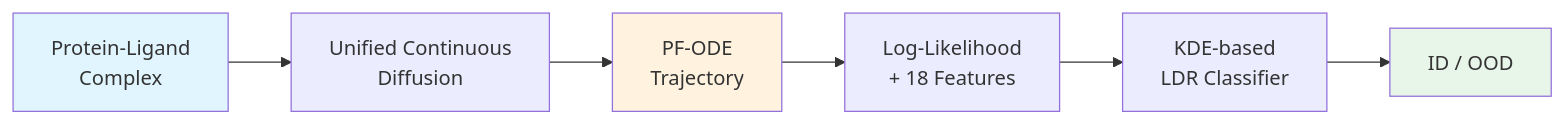
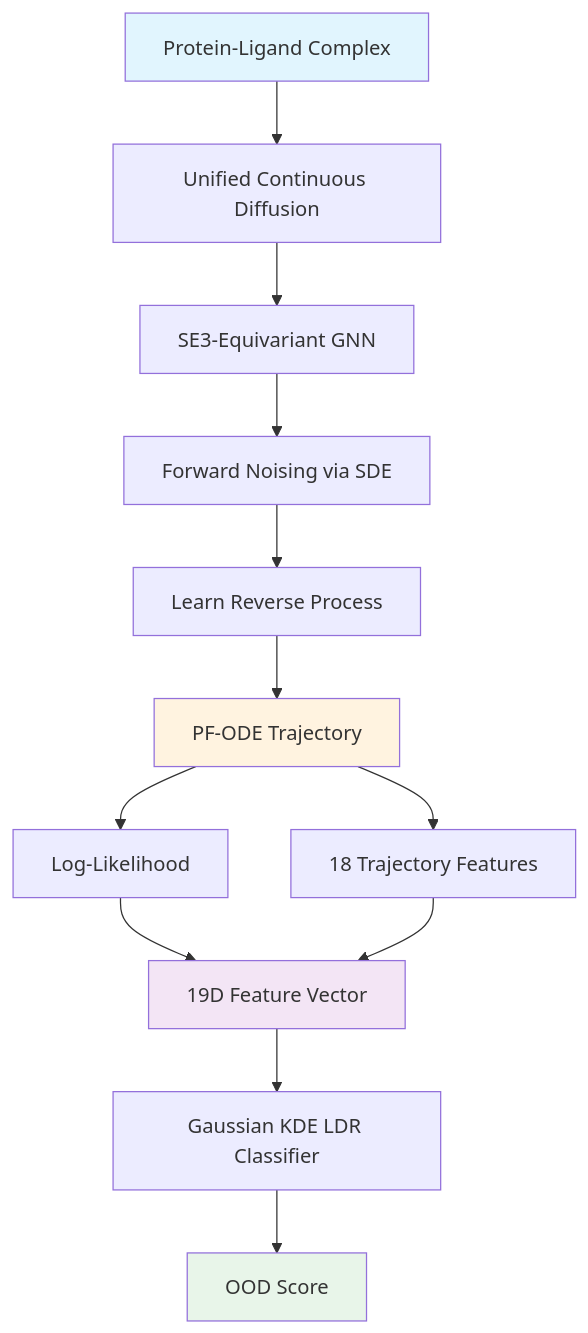
One commit to eightmm/eightmm.github.io changed the diagram in _posts/2026-02-19-ood-detection-molecular-complexes-diffusion.md. Above: the diagram before and after it, drawn with Mermaid. The commit also changed other lines of this file, not shown here.

Commit message:
Add paper review: OOD Detection in Molecular Complexes via Diffusion Models

````diff
--- a/_posts/2026-02-19-ood-detection-molecular-complexes-diffusion.md
+++ b/_posts/2026-02-19-ood-detection-molecular-complexes-diffusion.md
@@ -62,12 +76,19 @@
 ```mermaid
-graph LR
-    A[Protein-Ligand<br/>Complex] --> B[Unified Continuous<br/>Diffusion]
-    B --> C[PF-ODE<br/>Trajectory]
-    C --> D[Log-Likelihood<br/>+ 18 Features]
-    D --> E[KDE-based<br/>LDR Classifier]
-    E --> F[ID / OOD]
+graph TD
+    A[Protein-Ligand Complex] --> B[Unified Continuous Diffusion]
+    B --> C[SE3-Equivariant GNN]
+    C --> D[Forward Noising via SDE]
+    D --> E[Learn Reverse Process]
+    E --> F[PF-ODE Trajectory]
+    F --> G[Log-Likelihood]
+    F --> H[18 Trajectory Features]
+    G --> I[19D Feature Vector]
+    H --> I
+    I --> J[Gaussian KDE LDR Classifier]
+    J --> K[OOD Score]
     
     style A fill:#e1f5fe
-    style C fill:#fff3e0
-    style F fill:#e8f5e9
+    style K fill:#e8f5e9
+    style F fill:#fff3e0
+    style I fill:#f3e5f5
 ```
````
